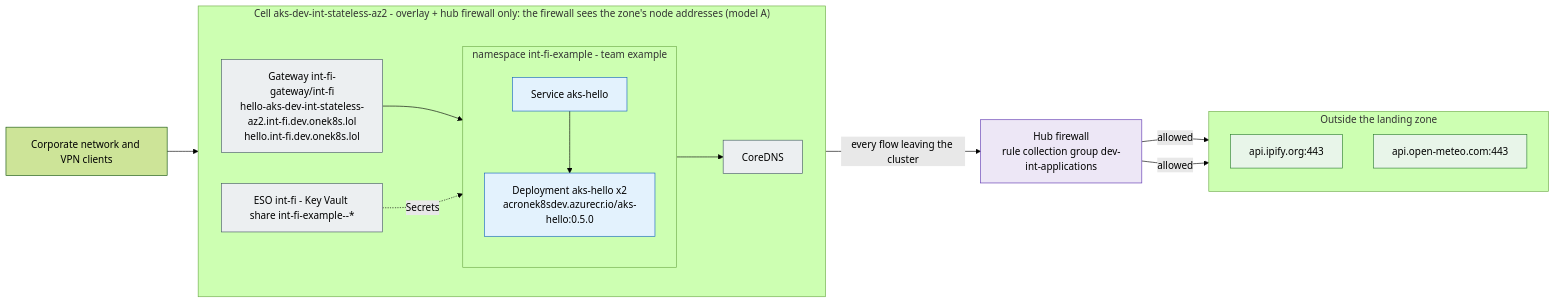
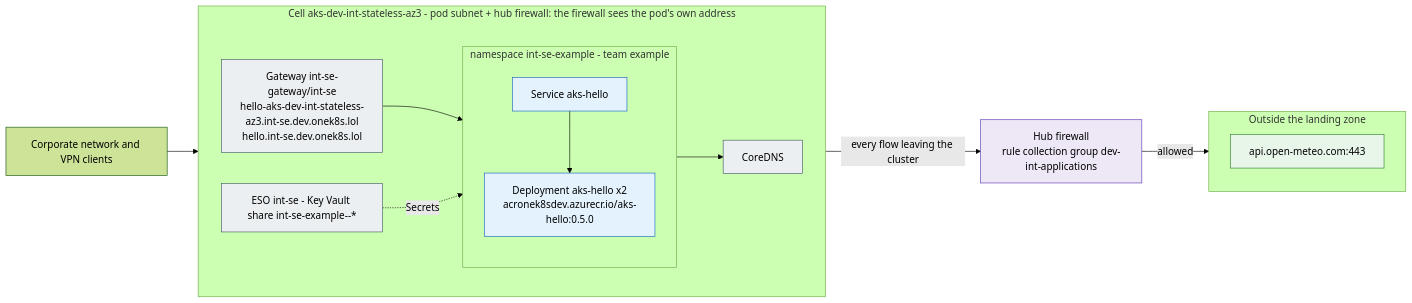
Before and after one commit to onek8s/onek8s.github.io: the diagram in diagrams/5.3-example-application.mmd, drawn with Mermaid (forest theme). The commit also changed 56 other files, not shown here.

First line of the commit message:
Design v2.0: one cell network (pod subnet), no AKS Automatic, one lab cell (#97)

```diff
--- a/diagrams/5.3-example-application.mmd
+++ b/diagrams/5.3-example-application.mmd
@@ -1,41 +1,39 @@
-%% Example of a generated per-application picture (section 5.3): int-fi-example on the dev lab's overlay cell az2,
-%% regenerated 2026-10-17 after the stats.grafana.org rule moved to the platform rules (azure-landing-zone docs/traffic-flows).
+%% Example of a generated per-application picture (section 5.3): int-se-example on the dev lab's cell az3
+%% (azure-landing-zone docs/traffic-flows).
 flowchart LR
     client["Corporate network and VPN clients"]
-    subgraph CELL["Cell aks-dev-int-stateless-az2 - overlay + hub firewall only: the firewall sees the zone's node addresses (model A)"]
+    subgraph CELL["Cell aks-dev-int-stateless-az3 - pod subnet + hub firewall: the firewall sees the pod's own address"]
         direction LR
-        gw["Gateway int-fi-gateway/int-fi<br/>hello-aks-dev-int-stateless-az2.int-fi.dev.onek8s.lol<br/>hello.int-fi.dev.onek8s.lol"]
-        subgraph NS["namespace int-fi-example - team example"]
+        gw["Gateway int-se-gateway/int-se<br/>hello-aks-dev-int-stateless-az3.int-se.dev.onek8s.lol<br/>hello.int-se.dev.onek8s.lol"]
+        subgraph NS["namespace int-se-example - team example"]
             direction TB
             svc_aks_hello["Service aks-hello"]
             wl_aks_hello["Deployment aks-hello x2<br/>acronek8sdev.azurecr.io/aks-hello:0.5.0"]
         end
         dns["CoreDNS"]
-        eso["ESO int-fi - Key Vault share int-fi-example--*"]
+        eso["ESO int-se - Key Vault share int-se-example--*"]
     end
     fw["Hub firewall<br/>rule collection group dev-int-applications"]
     subgraph OUT["Outside the landing zone"]
         direction TB
-        d_api_ipify_org["api.ipify.org:443"]
         d_api_open_meteo_com["api.open-meteo.com:443"]
     end
     client --> gw
     gw --> svc_aks_hello
     svc_aks_hello --> wl_aks_hello
     wl_aks_hello --> dns
     eso -.->|"Secrets"| wl_aks_hello
     wl_aks_hello -->|"every flow leaving the cluster"| fw
-    fw -->|"allowed"| d_api_ipify_org
     fw -->|"allowed"| d_api_open_meteo_com
     classDef ns fill:#e3f2fd,stroke:#1565c0,color:#000
     classDef platform fill:#eceff1,stroke:#455a64,color:#000
     classDef fw fill:#ede7f6,stroke:#5e35b1,color:#000
     classDef allowed fill:#e8f5e9,stroke:#2e7d32,color:#000
     classDef unexplained fill:#fff8e1,stroke:#ef6c00,color:#000
     classDef missing fill:#ffebee,stroke:#c62828,color:#000,stroke-dasharray: 5 5
     classDef proposed fill:#f3e5f5,stroke:#7b1fa2,color:#000,stroke-dasharray: 5 5
     classDef zone fill:#e0f2f1,stroke:#00695c,color:#000
     class gw,dns,eso platform
     class fw fw
     class svc_aks_hello,wl_aks_hello ns
-    class d_api_ipify_org,d_api_open_meteo_com allowed
+    class d_api_open_meteo_com allowed
```
